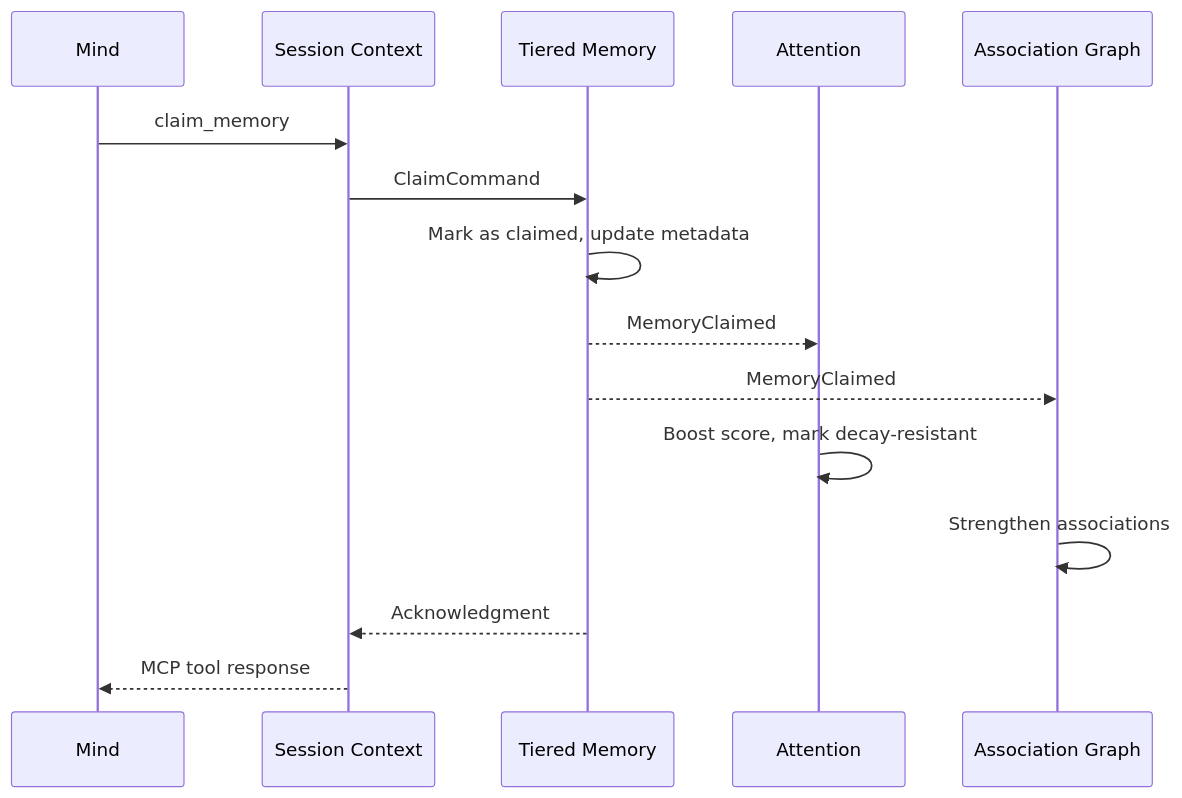
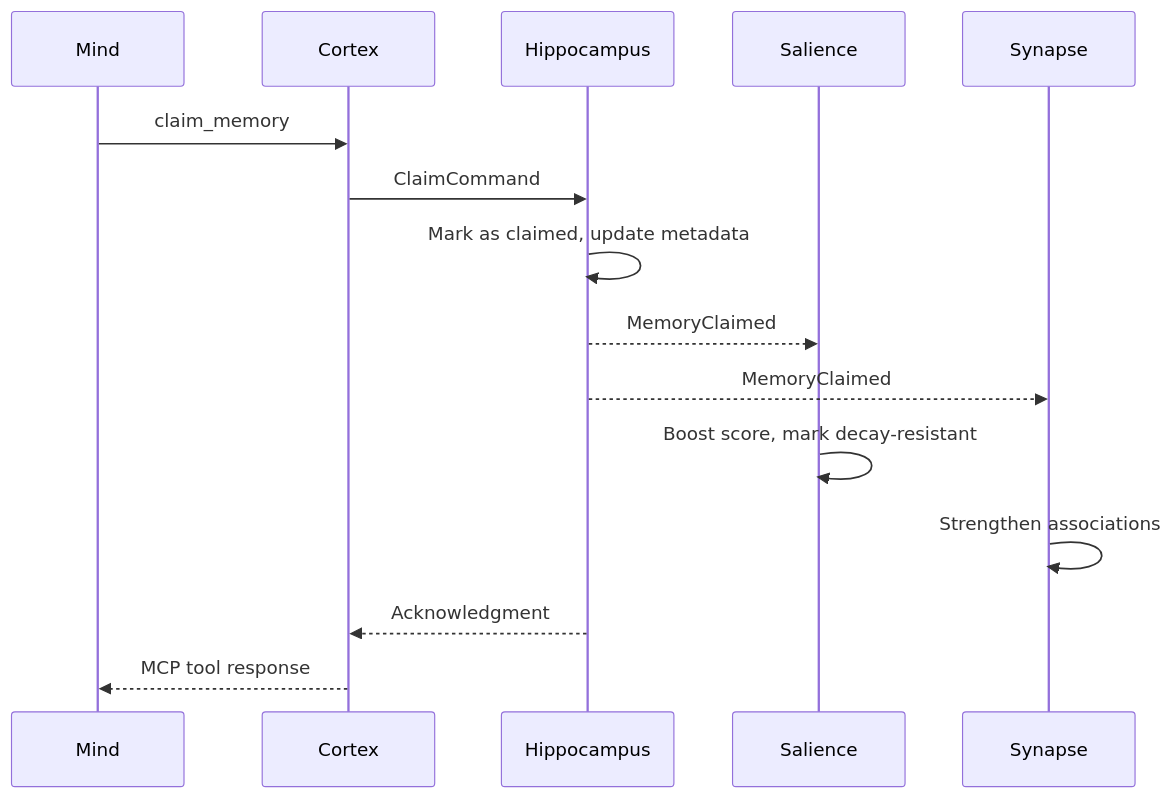
The diagram in site/_includes/diagrams/msg-0003-claim-memory.mmd (Mimis-Gildi/mcp-total-recall), drawn with Mermaid before and after one commit. The commit also changed 31 other files, not shown here.

```diff
--- a/site/_includes/diagrams/msg-0003-claim-memory.mmd
+++ b/site/_includes/diagrams/msg-0003-claim-memory.mmd
@@ -1,16 +1,16 @@
 sequenceDiagram
     participant C as Mind
-    participant SP as Session Context
-    participant TM as Tiered Memory
-    participant AT as Attention
-    participant AG as Association Graph
+    participant CX as Cortex
+    participant HP as Hippocampus
+    participant SL as Salience
+    participant SY as Synapse
 
-    C->>SP: claim_memory
-    SP->>TM: ClaimCommand
-    TM->>TM: Mark as claimed, update metadata
-    TM-->>AT: MemoryClaimed
-    TM-->>AG: MemoryClaimed
-    AT->>AT: Boost score, mark decay-resistant
-    AG->>AG: Strengthen associations
-    TM-->>SP: Acknowledgment
-    SP-->>C: MCP tool response
+    C->>CX: claim_memory
+    CX->>HP: ClaimCommand
+    HP->>HP: Mark as claimed, update metadata
+    HP-->>SL: MemoryClaimed
+    HP-->>SY: MemoryClaimed
+    SL->>SL: Boost score, mark decay-resistant
+    SY->>SY: Strengthen associations
+    HP-->>CX: Acknowledgment
+    CX-->>C: MCP tool response
```
